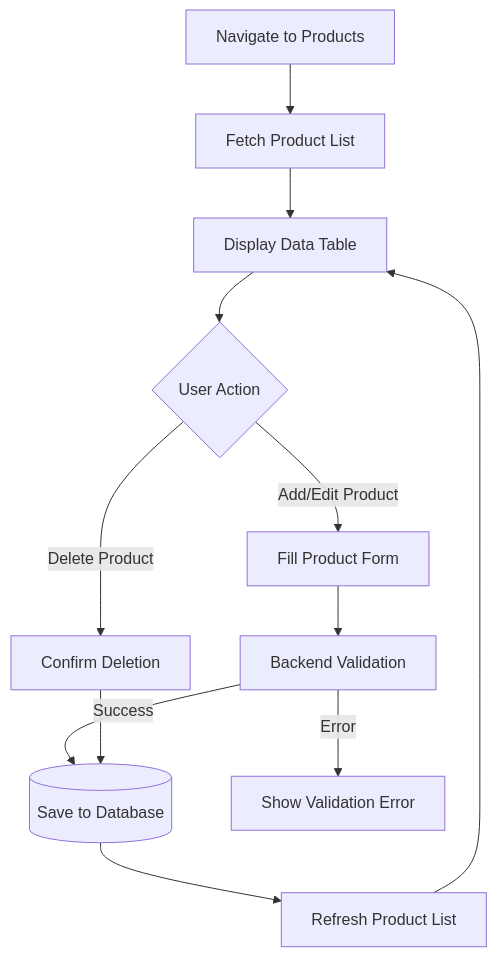
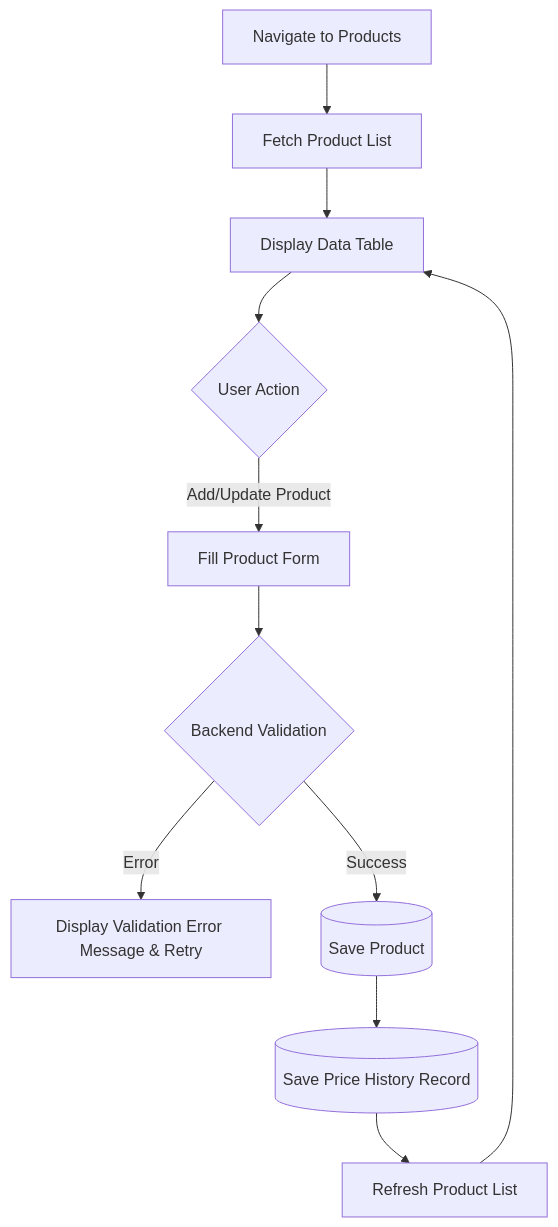
One commit to KMohammedsadiq/Dynamic-Pricing-Optimization-and-Revenue-Intelligence-Platform-K_Mohammad_Sadik changed the third of 10 diagrams in docs/04_Workflow_Planning.md. Above: the diagram before and after it, drawn with Mermaid. The commit also changed other lines of this file, not shown here.

````diff
--- a/docs/04_Workflow_Planning.md
+++ b/docs/04_Workflow_Planning.md
@@ -45,14 +80,13 @@
 ```mermaid
 flowchart TD
     A[Navigate to Products] --> B[Fetch Product List]
     B --> C[Display Data Table]
     C --> D{User Action}
-    D -->|Add/Edit Product| E[Fill Product Form]
-    D -->|Delete Product| I[Confirm Deletion]
-    E --> F[Backend Validation]
-    F -->|Success| G[(Save to Database)]
-    F -->|Error| H[Show Validation Error]
-    I --> G
-    G --> J[Refresh Product List]
+    D -->|Add/Update Product| E[Fill Product Form]
+    E --> F{Backend Validation}
+    F -->|Error| G[Display Validation Error Message & Retry]
+    F -->|Success| H[(Save Product)]
+    H --> I[(Save Price History Record)]
+    I --> J[Refresh Product List]
     J --> C
 ```
````
